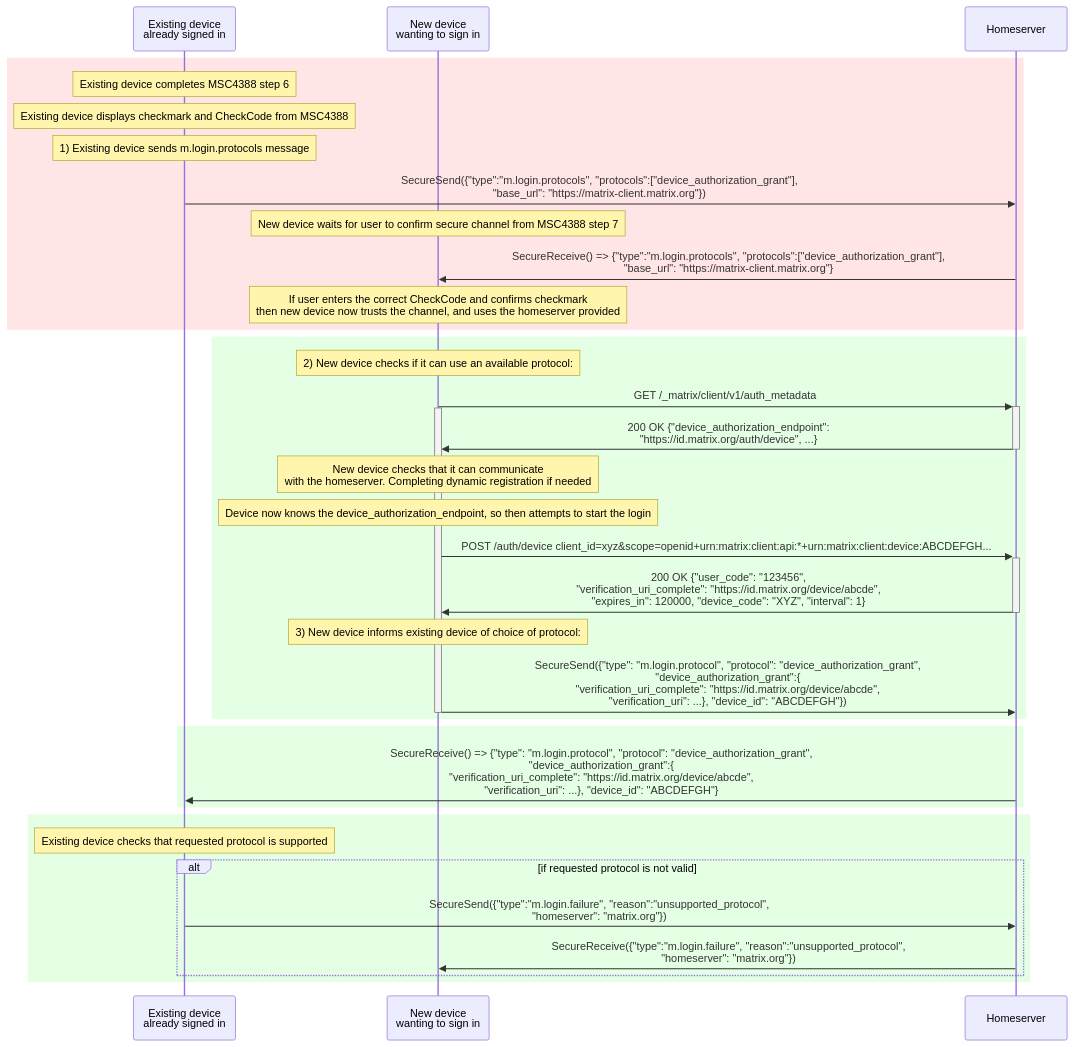
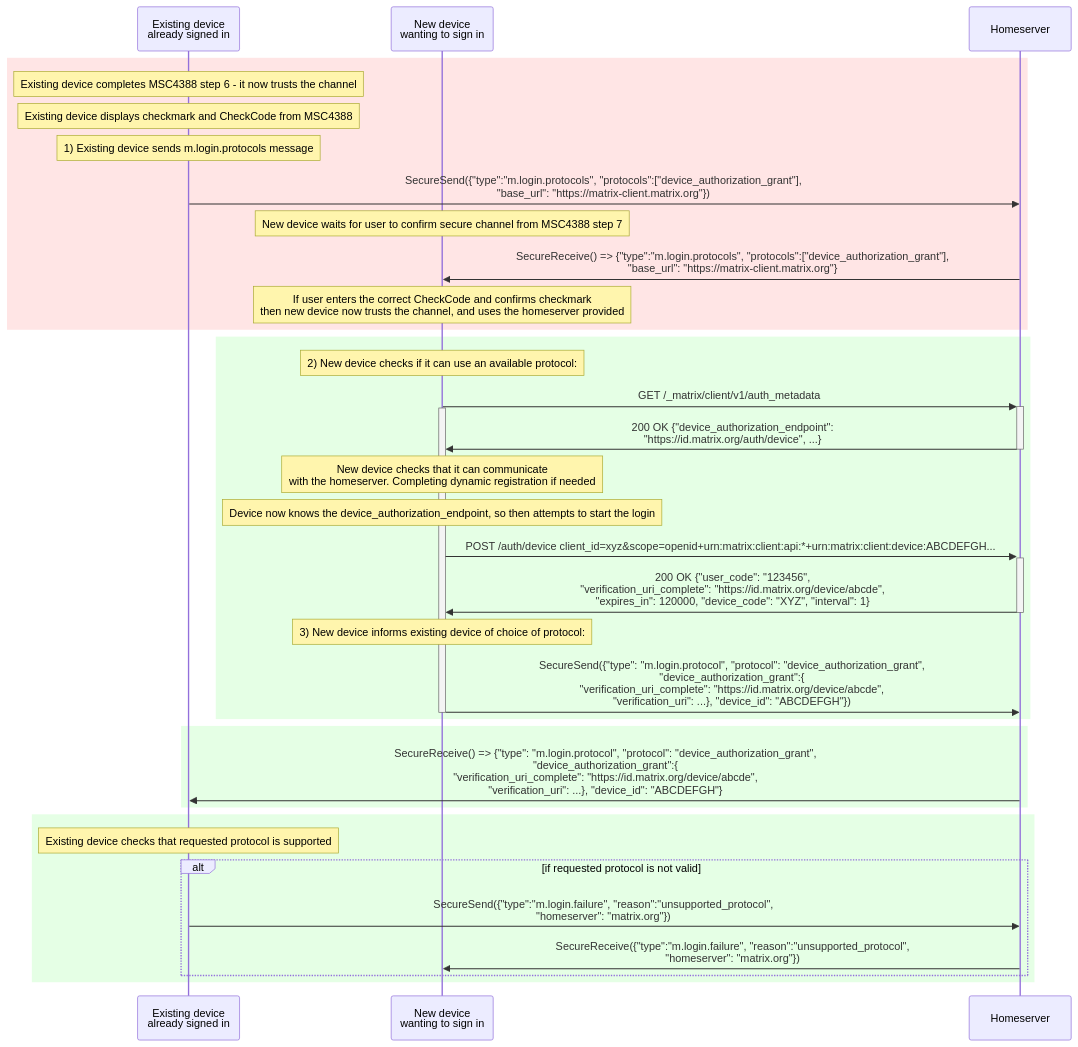
One commit to matrix-org/matrix-spec-proposals changed the third of 5 diagrams in proposals/4108-oidc-qr-login.md. Above: the diagram before and after it, drawn with Mermaid. The commit also changed other lines of this file, not shown here.

````diff
--- a/proposals/4108-oidc-qr-login.md
+++ b/proposals/4108-oidc-qr-login.md
@@ -343,61 +359,57 @@
 ```mermaid
 sequenceDiagram
     participant E as Existing device <br>already signed in
     participant N as New device <br>wanting to sign in
     participant HS as Homeserver
 
 
     #alt if New device scanned QR code
-    #    note over N: New device completes checks from secure channel establishment step 6 - it now trusts the channel
-    #    note over N: 1) New device got server base URL from the QR code
+    #    note over N: New device completes checks from MSC4388 secure channel establishment step 6 - it now trusts the channel
+    #    note over N: New device displays checkmark and CheckCode from MSC4388
+    #    note over E: Existing device waits for user to enter CheckCode<br>and confirm secure channel from MSC4388 step 7
+    #    note over E: If user entered correct CheckCode<br>and confirms checkmark then existing device now trusts the channel
+    #    note over E: 1) Existing device sends m.login.protocols message
+    #    E->>HS: SecureSend({"type":"m.login.protocols", "protocols":["device_authorization_grant"],<br> "base_url": "https://matrix-client.matrix.org"})
+    #    HS->>N: SecureReceive() => {"type":"m.login.protocols", "protocols":["device_authorization_grant"],<br> "base_url": "https://matrix-client.matrix.org"}
+    #    note over N: New device checks that base_url matches the one from the QR code
 
     rect rgba(255,0,0, 0.1)
     #else if Existing device scanned QR code
-        note over E: Existing device completes MSC4388 step 6
+        note over E: Existing device completes MSC4388 step 6 - it now trusts the channel
         note over E: Existing device displays checkmark and CheckCode from MSC4388
         note over E: 1) Existing device sends m.login.protocols message
         E->>HS: SecureSend({"type":"m.login.protocols", "protocols":["device_authorization_grant"],<br> "base_url": "https://matrix-client.matrix.org"})
         note over N: New device waits for user to confirm secure channel from MSC4388 step 7
         HS->>N: SecureReceive() => {"type":"m.login.protocols", "protocols":["device_authorization_grant"],<br> "base_url": "https://matrix-client.matrix.org"}
         note over N: If user enters the correct CheckCode and confirms checkmark<br>then new device now trusts the channel, and uses the homeserver provided
     end
 
 
     rect rgba(0,255,0, 0.1)
     note over N: 2) New device checks if it can use an available protocol:
         N->>+HS: GET /_matrix/client/v1/auth_metadata
     activate N
         HS->>-N: 200 OK {"device_authorization_endpoint":<br> "https://id.matrix.org/auth/device", ...}
         Note over N: New device checks that it can communicate<br> with the homeserver. Completing dynamic registration if needed
         Note over N: Device now knows the device_authorization_endpoint, so then attempts to start the login
         N->>+HS: POST /auth/device client_id=xyz&scope=openid+urn:matrix:client:api:*+urn:matrix:client:device:ABCDEFGH...
         HS->>-N: 200 OK {"user_code": "123456",<br>"verification_uri_complete": "https://id.matrix.org/device/abcde",<br>"expires_in": 120000, "device_code": "XYZ", "interval": 1}
         note over N: 3) New device informs existing device of choice of protocol:
         N->>HS: SecureSend({"type": "m.login.protocol", "protocol": "device_authorization_grant",<br> "device_authorization_grant":{<br>"verification_uri_complete": "https://id.matrix.org/device/abcde",<br>"verification_uri": ...}, "device_id": "ABCDEFGH"})
 
     deactivate N
     end
 
-    # alt if New device scanned QR code
-    #    note over N: New device displays checkmark and CheckCode
-    #    note over E: Existing device waits for user to enter CheckCode<br>and confirm secure channel from step 7
-    #end
-
     rect rgba(0,255,0, 0.1)
         HS->>E: SecureReceive() => {"type": "m.login.protocol", "protocol": "device_authorization_grant",<br> "device_authorization_grant":{<br>"verification_uri_complete": "https://id.matrix.org/device/abcde",<br>"verification_uri": ...}, "device_id": "ABCDEFGH"}
     end
-
-    # alt if New device scanned QR code
-    #    note over E: If user entered correct CheckCode<br>and confirms checkmark then existing device now trusts the channel
-    #end
-
 
     rect rgba(0,255,0, 0.1)
     note over E: Existing device checks that requested protocol is supported
 
     alt if requested protocol is not valid
         E->>HS: SecureSend({"type":"m.login.failure", "reason":"unsupported_protocol",<br>"homeserver": "matrix.org"})
         HS->>N: SecureReceive({"type":"m.login.failure", "reason":"unsupported_protocol",<br>"homeserver": "matrix.org"})
     end
     end
 ```
````
